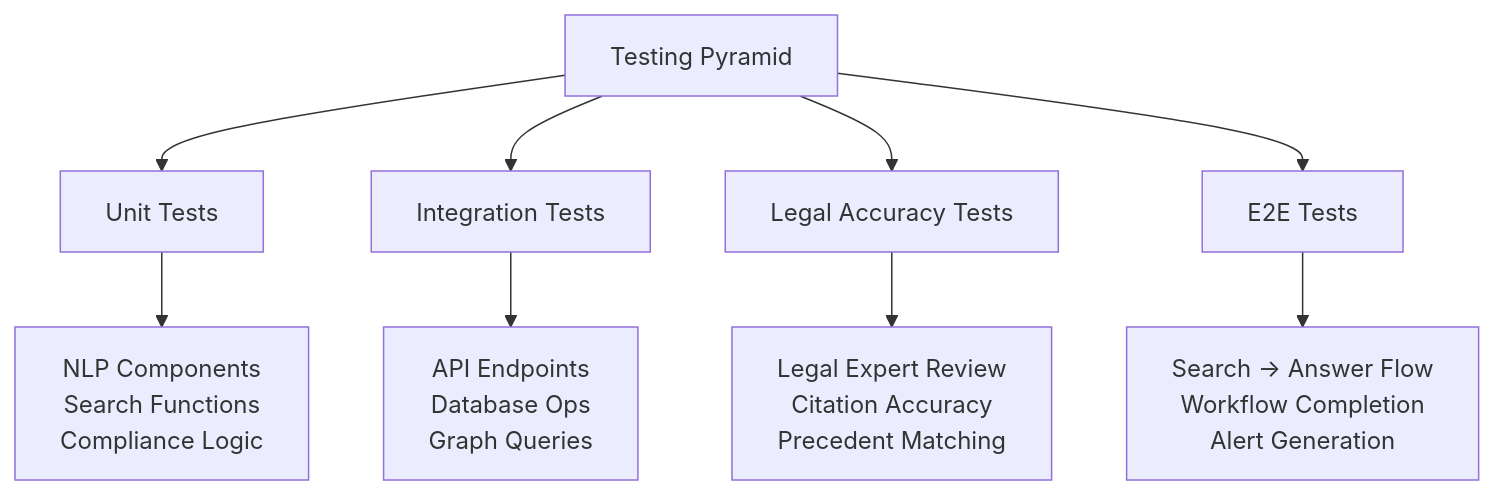
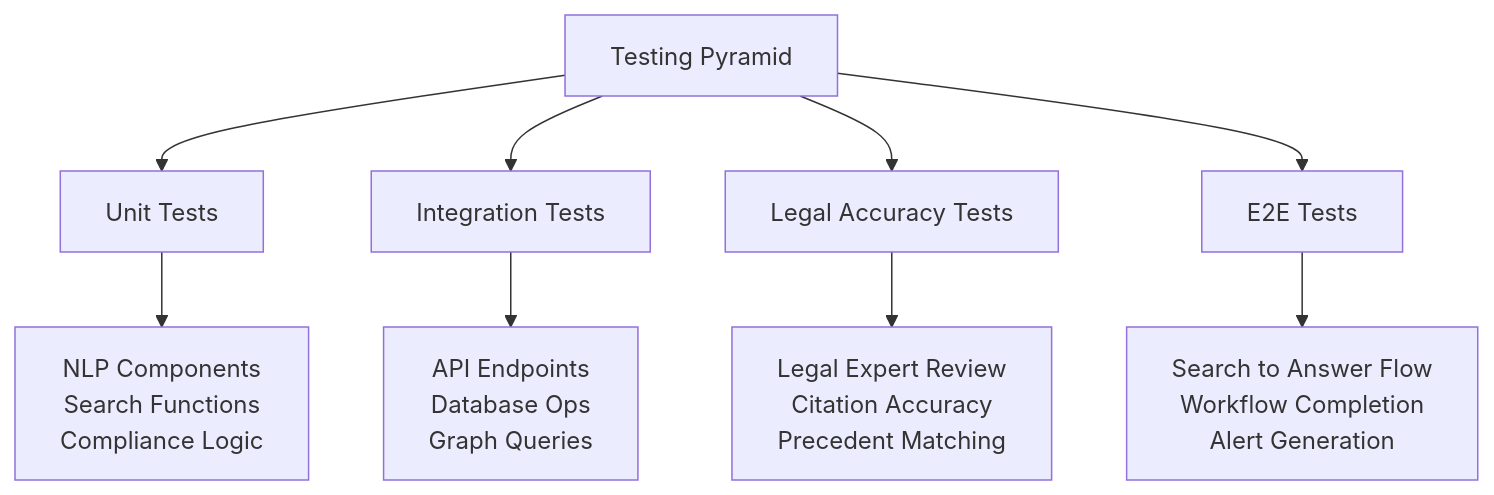
Diagram 14 of 14 in ai-tdd-docs/regulatory-intelligence-assistant/design.md (samjd-zz/g7-challenge), drawn with Mermaid before and after one commit. The commit also changed other lines of this file and 2 other files, not shown here.

First line of the commit message:
Fix mermaid diagram syntax errors across all design documents

````diff
--- a/ai-tdd-docs/regulatory-intelligence-assistant/design.md
+++ b/ai-tdd-docs/regulatory-intelligence-assistant/design.md
@@ -1085,15 +1132,15 @@
 ```mermaid
 flowchart TD
     A[Testing Pyramid] --> B[Unit Tests]
     A --> C[Integration Tests]
     A --> D[Legal Accuracy Tests]
     A --> E[E2E Tests]
     
     B --> F[NLP Components<br/>Search Functions<br/>Compliance Logic]
     
     C --> G[API Endpoints<br/>Database Ops<br/>Graph Queries]
     
     D --> H[Legal Expert Review<br/>Citation Accuracy<br/>Precedent Matching]
     
-    E --> I[Search → Answer Flow<br/>Workflow Completion<br/>Alert Generation]
+    E --> I[Search to Answer Flow<br/>Workflow Completion<br/>Alert Generation]
 ```
````
